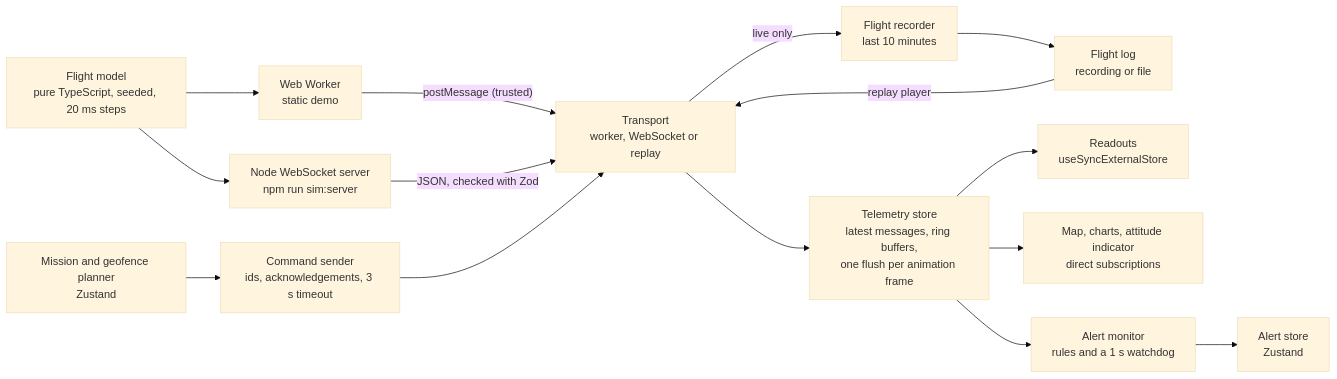
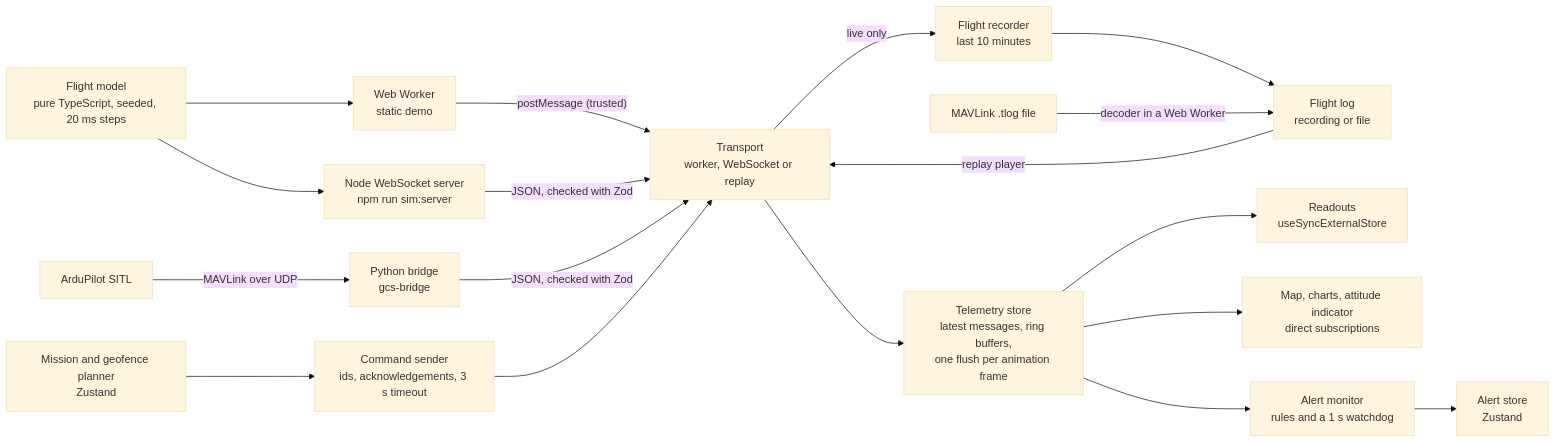
The first of 5 diagrams in docs/architecture.md (Nikita-Beliaiev/mini-gcs), drawn with Mermaid (base theme) before and after one commit. The commit also changed other lines of this file and 3 other files, not shown here.

Commit message:
docs: describe MAVLink replay, the ArduPilot bridge and phase 7

````diff
--- a/docs/architecture.md
+++ b/docs/architecture.md
@@ -9,18 +9,21 @@
 ```mermaid
 flowchart LR
   model["Flight model<br/>pure TypeScript, seeded, 20 ms steps"]
   model --> worker["Web Worker<br/>static demo"]
   model --> server["Node WebSocket server<br/>npm run sim:server"]
+  sitl["ArduPilot SITL"] -- "MAVLink over UDP" --> bridge["Python bridge<br/>gcs-bridge"]
   worker -- "postMessage (trusted)" --> transport["Transport<br/>worker, WebSocket or replay"]
   server -- "JSON, checked with Zod" --> transport
+  bridge -- "JSON, checked with Zod" --> transport
   transport -- "live only" --> recorder["Flight recorder<br/>last 10 minutes"]
   recorder --> log["Flight log<br/>recording or file"]
+  tlog["MAVLink .tlog file"] -- "decoder in a Web Worker" --> log
   log -- "replay player" --> transport
   transport --> telemetry["Telemetry store<br/>latest messages, ring buffers,<br/>one flush per animation frame"]
   telemetry --> readouts["Readouts<br/>useSyncExternalStore"]
   telemetry --> direct["Map, charts, attitude indicator<br/>direct subscriptions"]
   telemetry --> monitor["Alert monitor<br/>rules and a 1 s watchdog"]
   monitor --> alertStore["Alert store<br/>Zustand"]
   planner["Mission and geofence planner<br/>Zustand"] --> sender["Command sender<br/>ids, acknowledgements, 3 s timeout"]
   sender --> transport
 ```
````
